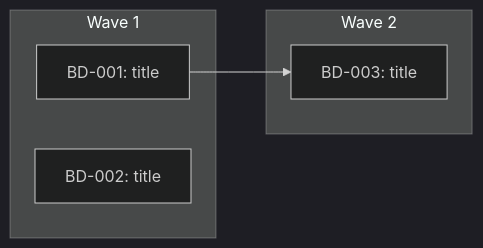
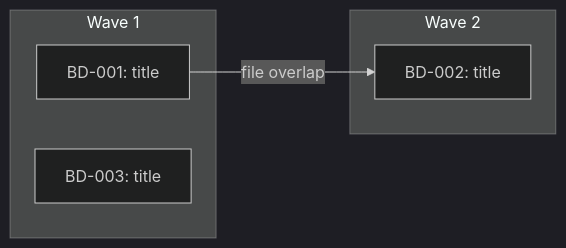
One commit to roberto-mello/beads-compound-plugin changed the diagram in plugins/beads-compound/commands/beads-parallel.md. Above: the diagram before and after it, drawn with Mermaid (dark theme). The commit also changed other lines of this file and 1 other file, not shown here.

````diff
--- a/plugins/beads-compound/commands/beads-parallel.md
+++ b/plugins/beads-compound/commands/beads-parallel.md
@@ -85,11 +114,11 @@
 ```mermaid
 graph LR
   subgraph Wave 1
     BD-001[BD-001: title]
+    BD-003[BD-003: title]
+  end
+  subgraph Wave 2
     BD-002[BD-002: title]
   end
-  subgraph Wave 2
-    BD-003[BD-003: title]
-  end
-  BD-001 --> BD-003
+  BD-001 -->|file overlap| BD-002
 ```
````
